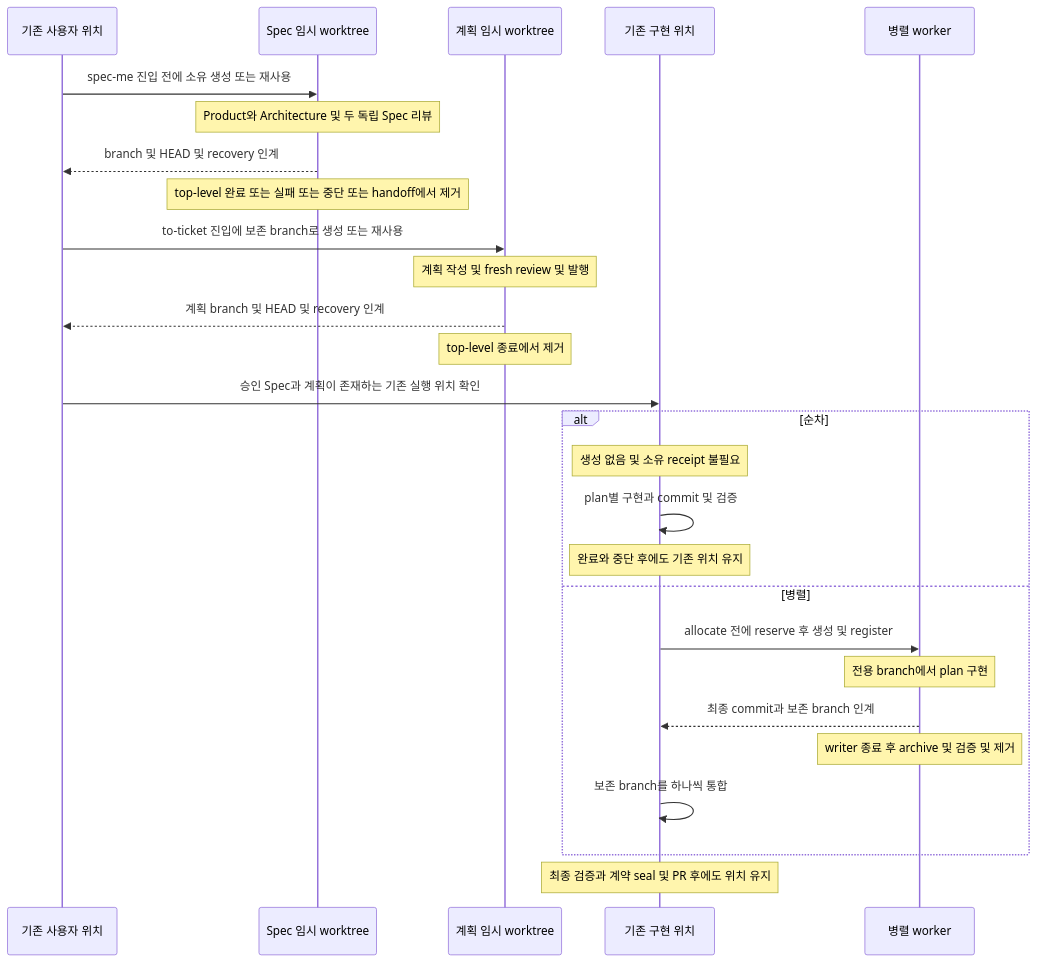
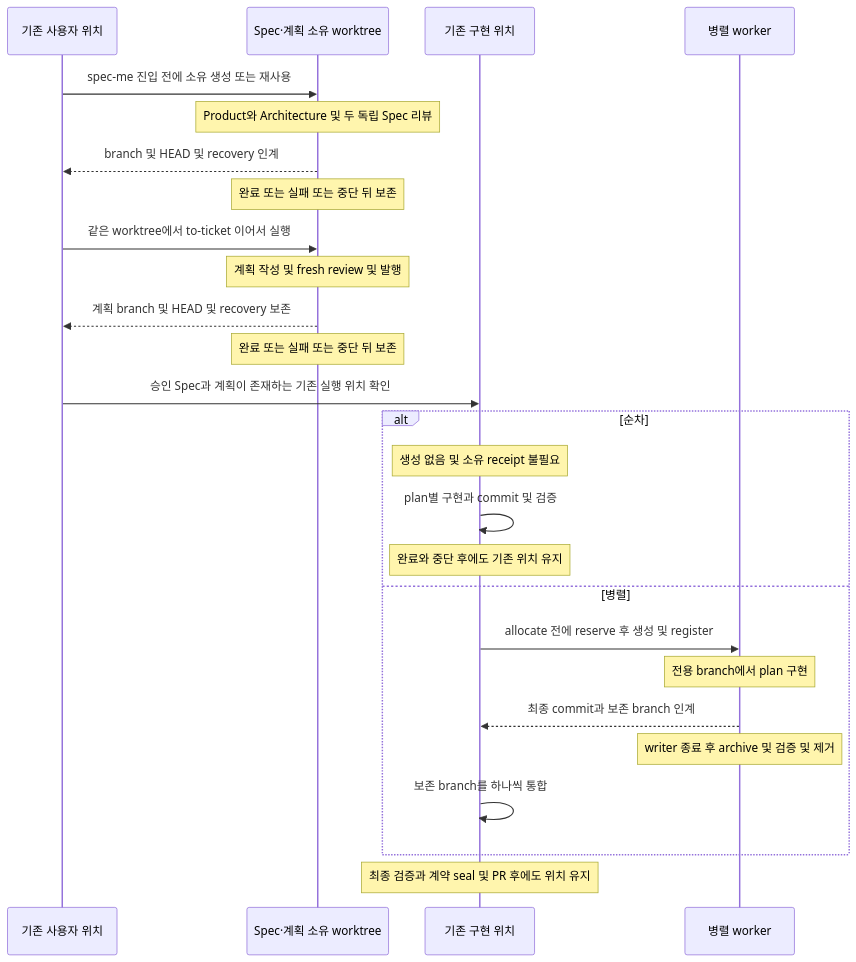
Before and after one commit to omegafrog/harness-codex: the fourth of 5 diagrams in docs/architecture/workflow-lifecycle.md, drawn with Mermaid. The commit also changed other lines of this file and 15 other files, not shown here.

````diff
--- a/docs/architecture/workflow-lifecycle.md
+++ b/docs/architecture/workflow-lifecycle.md
@@ -268,29 +268,28 @@
 ```mermaid
 sequenceDiagram
     participant U as 기존 사용자 위치
-    participant S as Spec 임시 worktree
-    participant P as 계획 임시 worktree
+    participant S as Spec·계획 소유 worktree
     participant E as 기존 구현 위치
     participant W as 병렬 worker
     U->>S: spec-me 진입 전에 소유 생성 또는 재사용
     Note over S: Product와 Architecture 및 두 독립 Spec 리뷰
     S-->>U: branch 및 HEAD 및 recovery 인계
-    Note over S: top-level 완료 또는 실패 또는 중단 또는 handoff에서 제거
-    U->>P: to-ticket 진입에 보존 branch로 생성 또는 재사용
-    Note over P: 계획 작성 및 fresh review 및 발행
-    P-->>U: 계획 branch 및 HEAD 및 recovery 인계
-    Note over P: top-level 종료에서 제거
+    Note over S: 완료 또는 실패 또는 중단 뒤 보존
+    U->>S: 같은 worktree에서 to-ticket 이어서 실행
+    Note over S: 계획 작성 및 fresh review 및 발행
+    S-->>U: 계획 branch 및 HEAD 및 recovery 보존
+    Note over S: 완료 또는 실패 또는 중단 뒤 보존
     U->>E: 승인 Spec과 계획이 존재하는 기존 실행 위치 확인
     alt 순차
         Note over E: 생성 없음 및 소유 receipt 불필요
         E->>E: plan별 구현과 commit 및 검증
         Note over E: 완료와 중단 후에도 기존 위치 유지
     else 병렬
         E->>W: allocate 전에 reserve 후 생성 및 register
         Note over W: 전용 branch에서 plan 구현
         W-->>E: 최종 commit과 보존 branch 인계
         Note over W: writer 종료 후 archive 및 검증 및 제거
         E->>E: 보존 branch를 하나씩 통합
     end
     Note over E: 최종 검증과 계약 seal 및 PR 후에도 위치 유지
 ```
````
